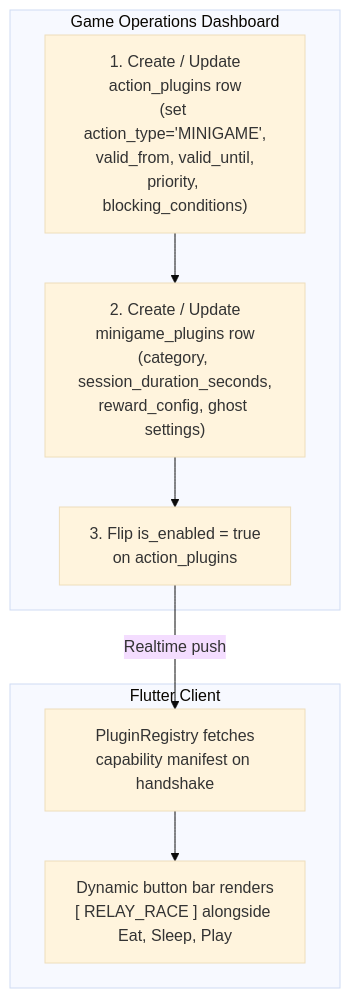
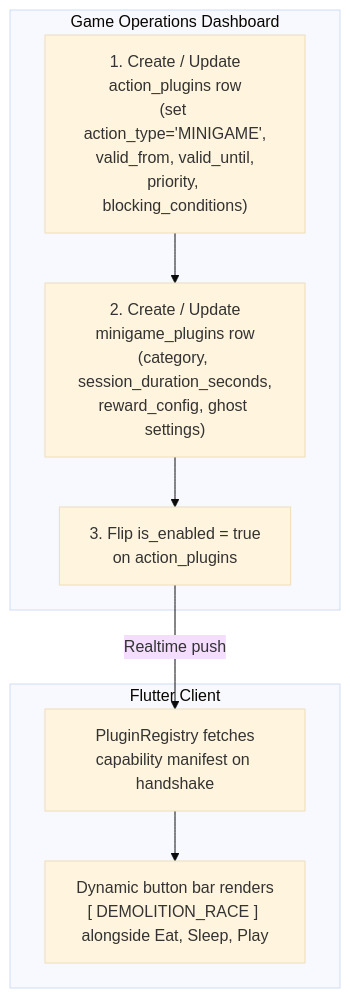
Before and after one commit to TheMrCorvy/HATCH.REF: the first of 2 diagrams in Documentation/Plugins/Minigames/03-backend-schema-and-rewards.md, drawn with Mermaid (base theme). The commit also changed other lines of this file and 34 other files, not shown here.

````diff
--- a/Documentation/Plugins/Minigames/03-backend-schema-and-rewards.md
+++ b/Documentation/Plugins/Minigames/03-backend-schema-and-rewards.md
@@ -134,16 +134,16 @@
 ```mermaid
 flowchart TD
     subgraph Ops["Game Operations Dashboard"]
         CreateAction["1. Create / Update\naction_plugins row\n(set action_type='MINIGAME',\nvalid_from, valid_until,\npriority, blocking_conditions)"]
         CreateMinigame["2. Create / Update\nminigame_plugins row\n(category, session_duration_seconds,\nreward_config, ghost settings)"]
         Enable["3. Flip is_enabled = true\non action_plugins"]
     end
 
     subgraph Flutter["Flutter Client"]
         Manifest["PluginRegistry fetches\ncapability manifest on handshake"]
-        UI["Dynamic button bar renders\n[ RELAY_RACE ] alongside Eat, Sleep, Play"]
+        UI["Dynamic button bar renders\n[ DEMOLITION_RACE ] alongside Eat, Sleep, Play"]
     end
 
     CreateAction --> CreateMinigame --> Enable
     Enable -->|Realtime push| Manifest --> UI
 ```
````
